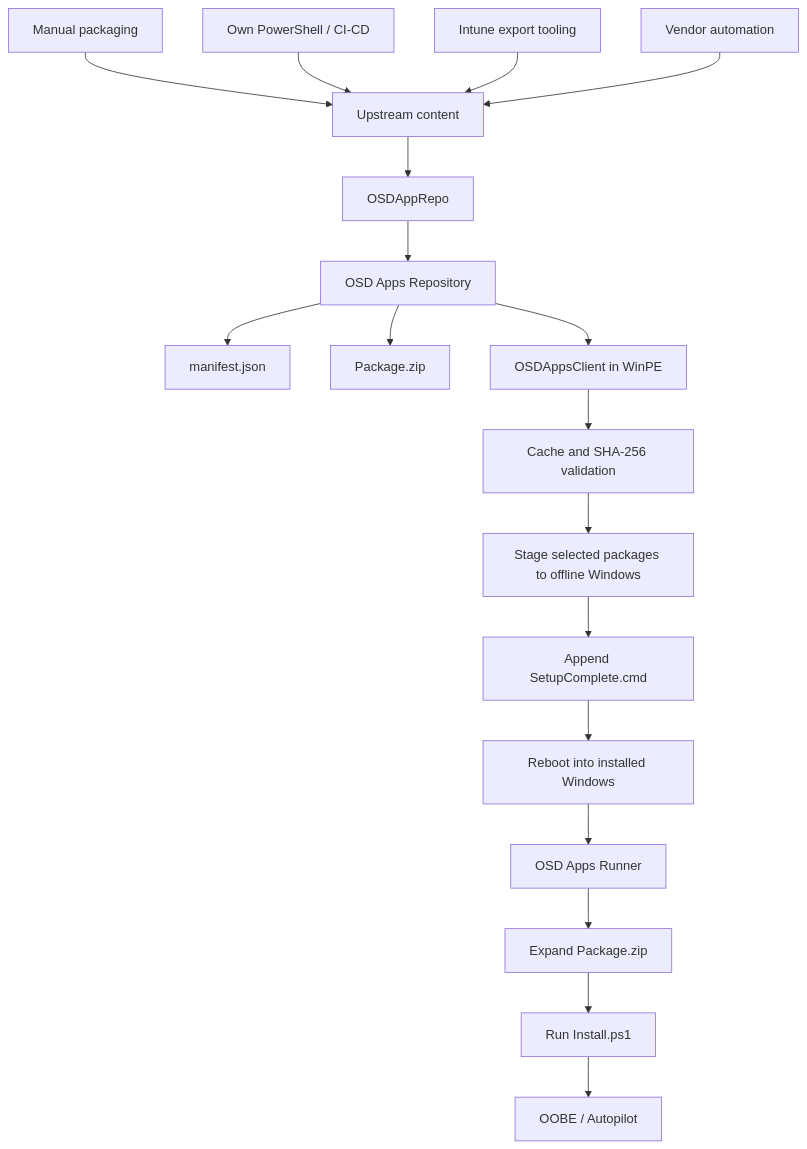
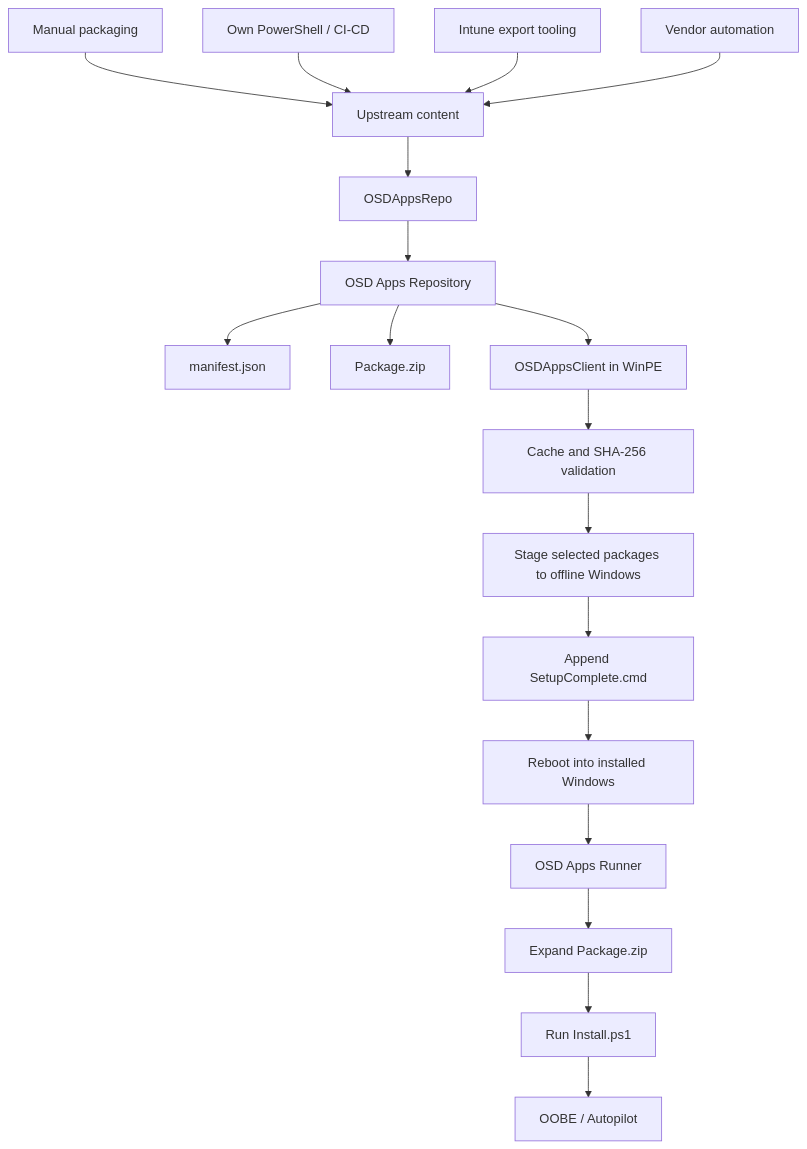
Before and after one commit to roryvossepoel/OSDAppClient: the diagram in ARCHITECTURE.md, drawn with Mermaid. The commit also changed other lines of this file, not shown here.

Commit message:
Use OSDAppsRepo naming consistently

````diff
--- a/ARCHITECTURE.md
+++ b/ARCHITECTURE.md
@@ -5,22 +5,22 @@
 ```mermaid
 flowchart TD
-    A[Upstream content] --> B[OSDAppRepo]
+    A[Upstream content] --> B[OSDAppsRepo]
     A1[Manual packaging] --> A
     A2[Own PowerShell / CI-CD] --> A
     A3[Intune export tooling] --> A
     A4[Vendor automation] --> A
 
     B --> C[OSD Apps Repository]
     C --> C1[manifest.json]
     C --> C2[Package.zip]
 
     C --> D[OSDAppsClient in WinPE]
     D --> E[Cache and SHA-256 validation]
     E --> F[Stage selected packages to offline Windows]
     F --> G[Append SetupComplete.cmd]
     G --> H[Reboot into installed Windows]
     H --> I[OSD Apps Runner]
     I --> J[Expand Package.zip]
     J --> K[Run Install.ps1]
     K --> L[OOBE / Autopilot]
 ```
````
